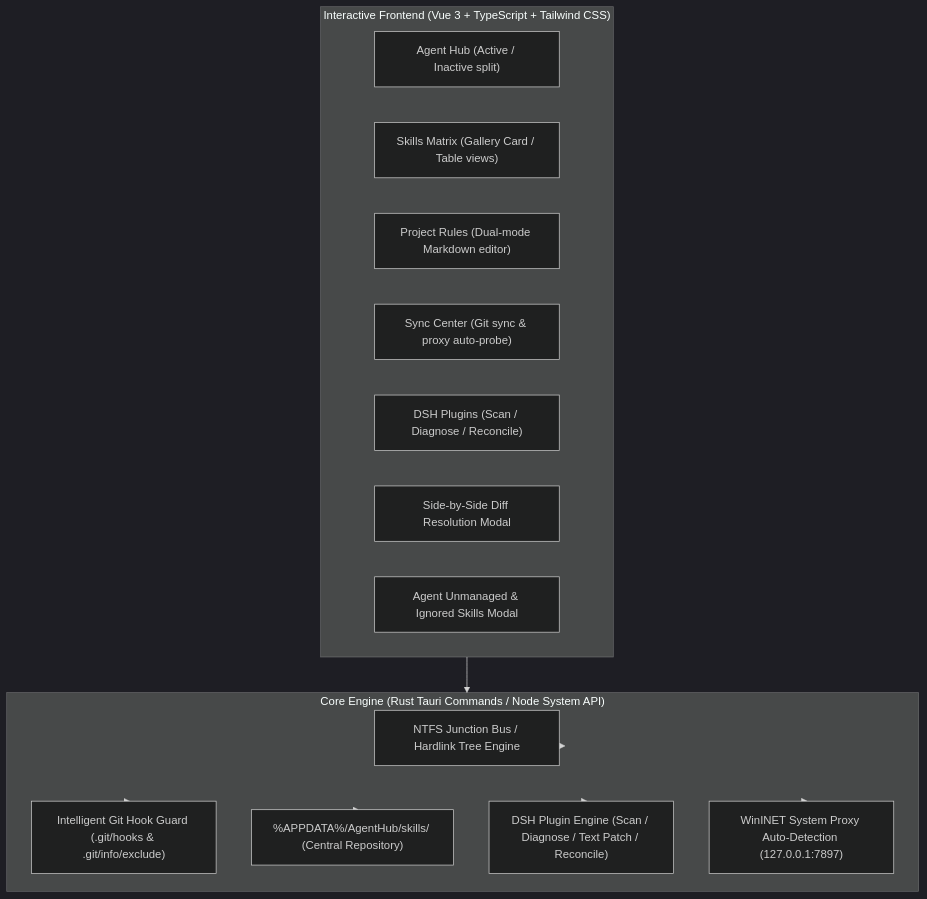
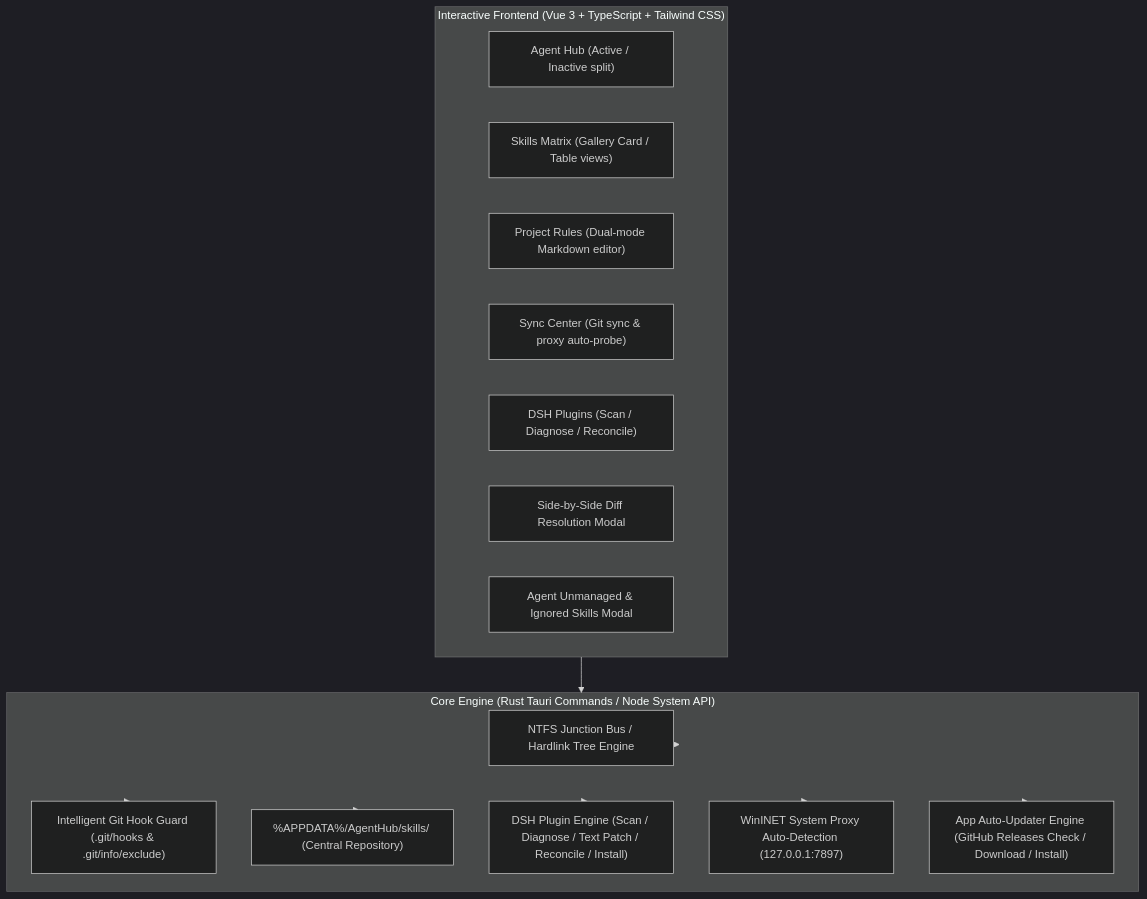
The first of 2 diagrams in README.en.md (Nomit8088/AGENT_CONFIG_MANAGE), drawn with Mermaid (dark theme) before and after one commit. The commit also changed other lines of this file and 1 other file, not shown here.

````diff
--- a/README.en.md
+++ b/README.en.md
@@ -78,27 +78,29 @@
 ```mermaid
 flowchart TD
     subgraph UI["Interactive Frontend (Vue 3 + TypeScript + Tailwind CSS)"]
         Tab1["Agent Hub (Active / Inactive split)"]
         Tab2["Skills Matrix (Gallery Card / Table views)"]
         Tab3["Project Rules (Dual-mode Markdown editor)"]
         Tab4["Sync Center (Git sync & proxy auto-probe)"]
         Tab5["DSH Plugins (Scan / Diagnose / Reconcile)"]
         ModalDiff["Side-by-Side Diff Resolution Modal"]
         ModalDetail["Agent Unmanaged & Ignored Skills Modal"]
     end
 
     subgraph CoreEngine["Core Engine (Rust Tauri Commands / Node System API)"]
         JunctionBus["NTFS Junction Bus / Hardlink Tree Engine"]
         GitGuard["Intelligent Git Hook Guard (.git/hooks & .git/info/exclude)"]
         CentralRepo["%APPDATA%/AgentHub/skills/ (Central Repository)"]
-        DshManager["DSH Plugin Engine (Scan / Diagnose / Text Patch / Reconcile)"]
+        DshManager["DSH Plugin Engine (Scan / Diagnose / Text Patch / Reconcile / Install)"]
         ProxyDetector["WinINET System Proxy Auto-Detection (127.0.0.1:7897)"]
+        AppUpdater["App Auto-Updater Engine (GitHub Releases Check / Download / Install)"]
     end
 
     UI --> CoreEngine
     CoreEngine --> JunctionBus
     CoreEngine --> GitGuard
     CoreEngine --> CentralRepo
     CoreEngine --> DshManager
     CoreEngine --> ProxyDetector
+    CoreEngine --> AppUpdater
 ```
````
